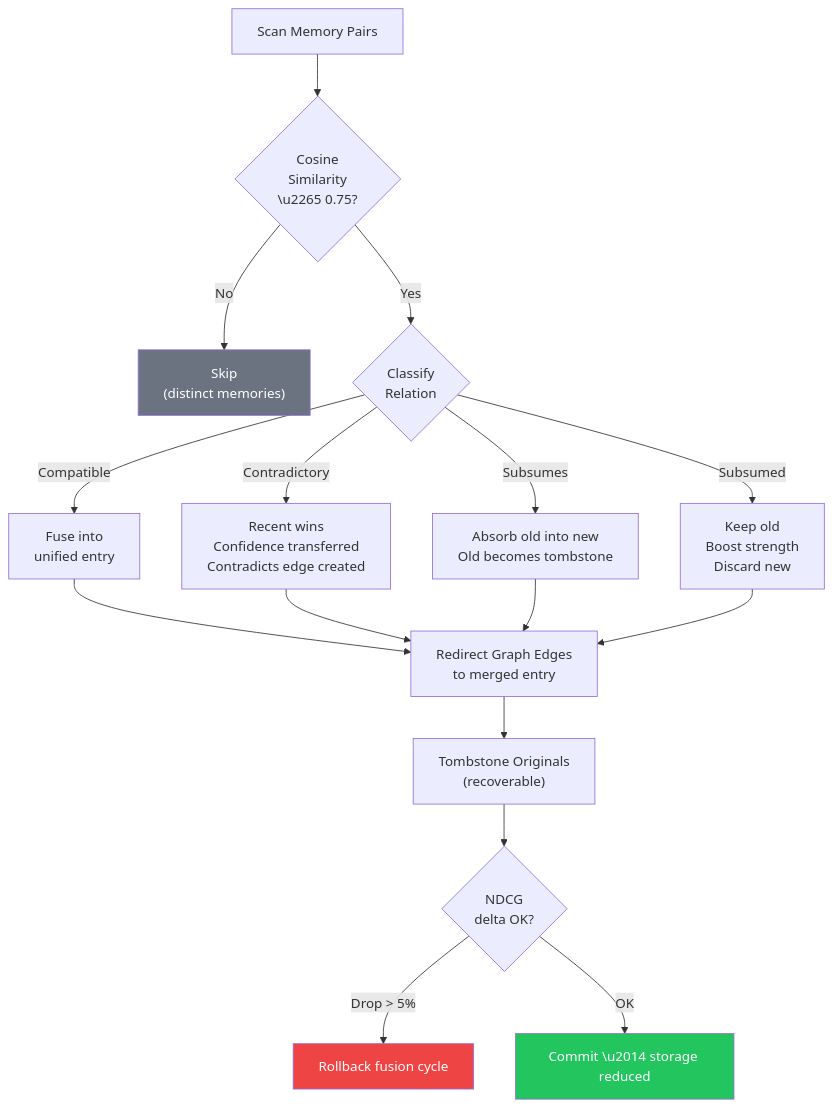
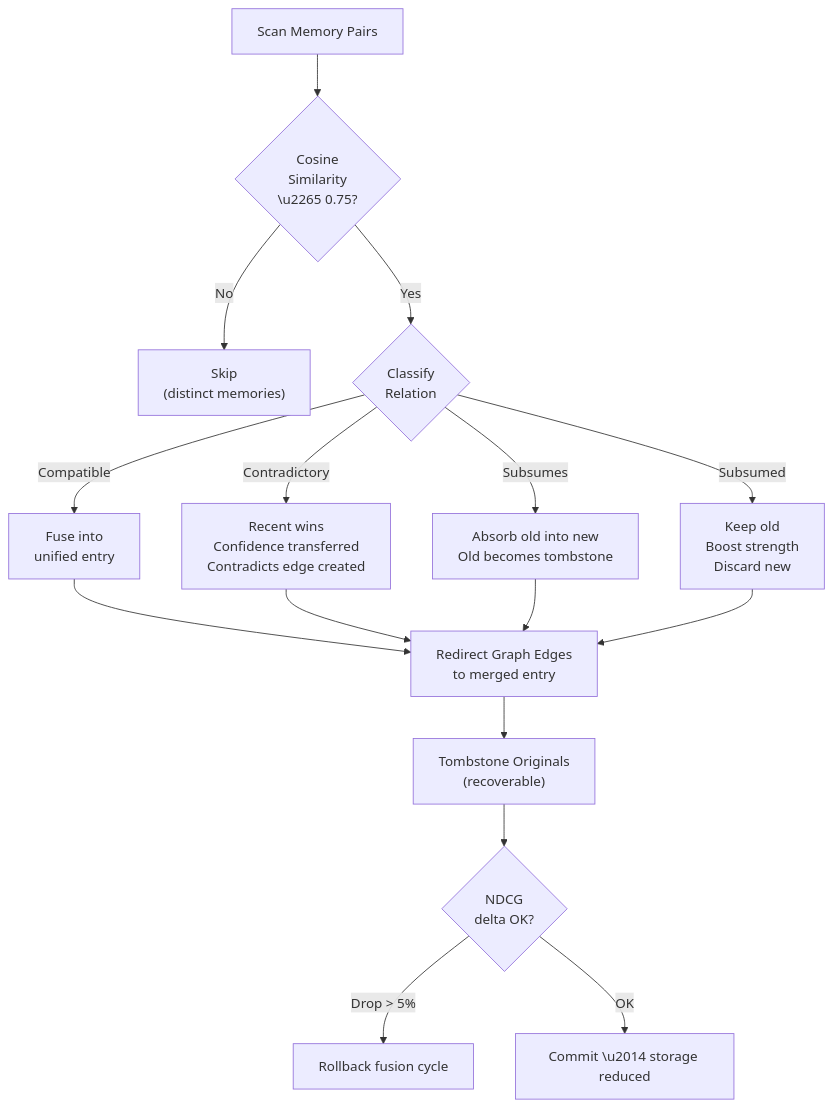
One commit to elisplash/paw changed the ninth of 18 diagrams in ENGRAM.md. Above: the diagram before and after it, drawn with Mermaid. The commit also changed other lines of this file, not shown here.

Commit message:
docs: add mermaid diagrams throughout ENGRAM.md for visual improvement

````diff
--- a/ENGRAM.md
+++ b/ENGRAM.md
@@ -758,21 +744,18 @@
 ```mermaid
 flowchart TD
     SCAN["Scan Memory Pairs"] --> COS{"Cosine\nSimilarity\n\u2265 0.75?"}
     COS -- No --> SKIP["Skip\n(distinct memories)"]
     COS -- Yes --> CLASS{"Classify\nRelation"}
 
     CLASS -- Compatible --> FUSE["Fuse into\nunified entry"]
     CLASS -- Contradictory --> CONTRA["Recent wins\nConfidence transferred\nContradicts edge created"]
     CLASS -- Subsumes --> ABSORB["Absorb old into new\nOld becomes tombstone"]
     CLASS -- Subsumed --> KEEP["Keep old\nBoost strength\nDiscard new"]
 
     FUSE & CONTRA & ABSORB & KEEP --> EDGE["Redirect Graph Edges\nto merged entry"]
     EDGE --> TOMB["Tombstone Originals\n(recoverable)"]
     TOMB --> QC{"NDCG\ndelta OK?"}
     QC -- "Drop > 5%" --> ROLLBACK["Rollback fusion cycle"]
     QC -- OK --> DONE["Commit \u2014 storage reduced"]
 
-    style ROLLBACK fill:#ef4444,color:#fff
-    style DONE fill:#22c55e,color:#fff
-    style SKIP fill:#6b7280,color:#fff
 ```
````
